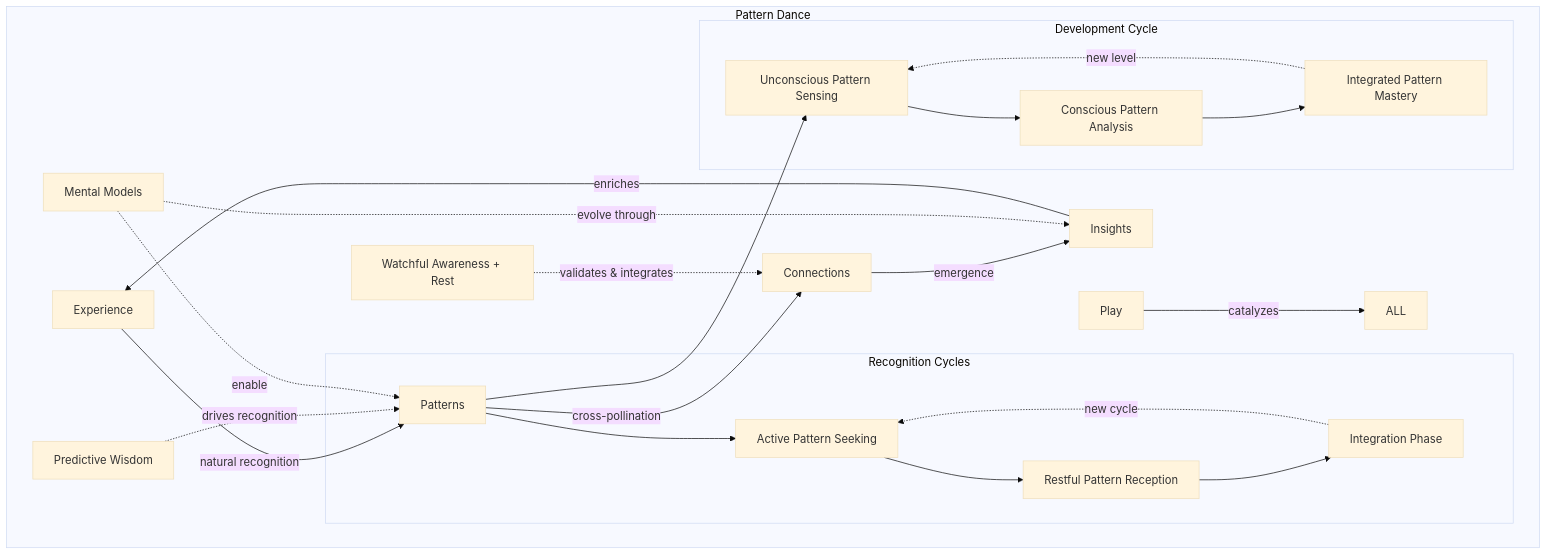
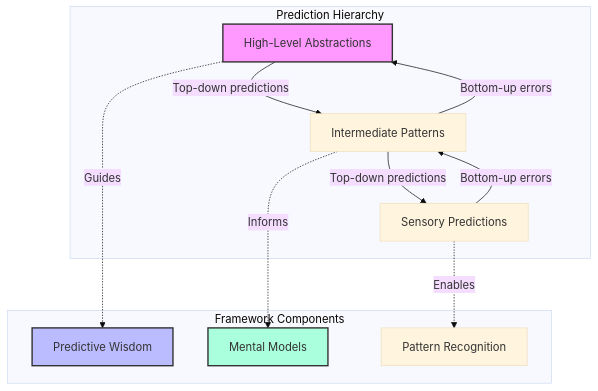
Before and after one commit to phillipclapham/neuroweaver: the tenth of 52 diagrams in README.md, drawn with Mermaid (base theme). The commit also changed other lines of this file and 4 other files, not shown here.

Commit message:
v0.2.0-flow

````diff
--- a/README.md
+++ b/README.md
@@ -1014,30 +3424,27 @@
 ```mermaid
 graph TD
-    subgraph "Pattern Dance"
-        E[Experience] -->|natural recognition| P[Patterns]
-        P -->|cross-pollination| C[Connections]
-        C -->|emergence| I[Insights]
-        I -->|enriches| E
+    subgraph "Prediction Hierarchy"
+        H1[High-Level Abstractions]
+        H2[Intermediate Patterns]
+        H3[Sensory Predictions]
 
-        PW[Predictive Wisdom] -.->|drives recognition| P
-        WA_R[Watchful Awareness + Rest] -.->|validates & integrates| C
-        Play[Play] -->|catalyzes| ALL
+        H1 -->|Top-down predictions| H2
+        H2 -->|Top-down predictions| H3
+        H3 -->|Bottom-up errors| H2
+        H2 -->|Bottom-up errors| H1
+    end
 
-        MM[Mental Models] -.->|enable| P
-        MM -.->|evolve through| I
+    subgraph "Framework Components"
+        PW[Predictive Wisdom]
+        MM[Mental Models]
+        PR[Pattern Recognition]
+    end
 
-        subgraph "Recognition Cycles"
-            P --> AP[Active Pattern Seeking]
-            AP --> RP[Restful Pattern Reception]
-            RP --> IP[Integration Phase]
-            IP -.->|new cycle| AP
-        end
+    H1 -.->|Guides| PW
+    H2 -.->|Informs| MM
+    H3 -.->|Enables| PR
 
-        subgraph "Development Cycle"
-            P --> U[Unconscious Pattern Sensing]
-            U --> C1[Conscious Pattern Analysis]
-            C1 --> I1[Integrated Pattern Mastery]
-            I1 -.->|new level| U
-        end
-    end
+    style H1 fill:#f9f,stroke:#333,stroke-width:2px
+    style PW fill:#bbf,stroke:#333,stroke-width:2px
+    style MM fill:#afd,stroke:#333,stroke-width:2px
 ```
````
